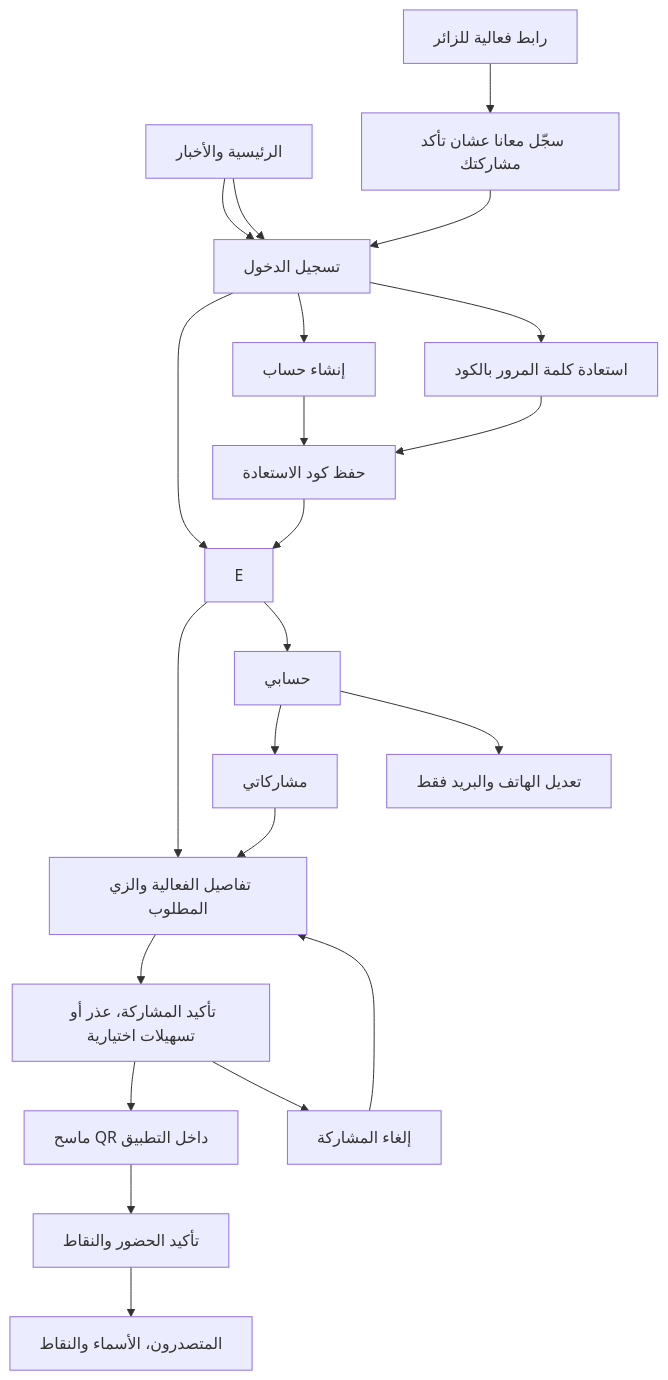
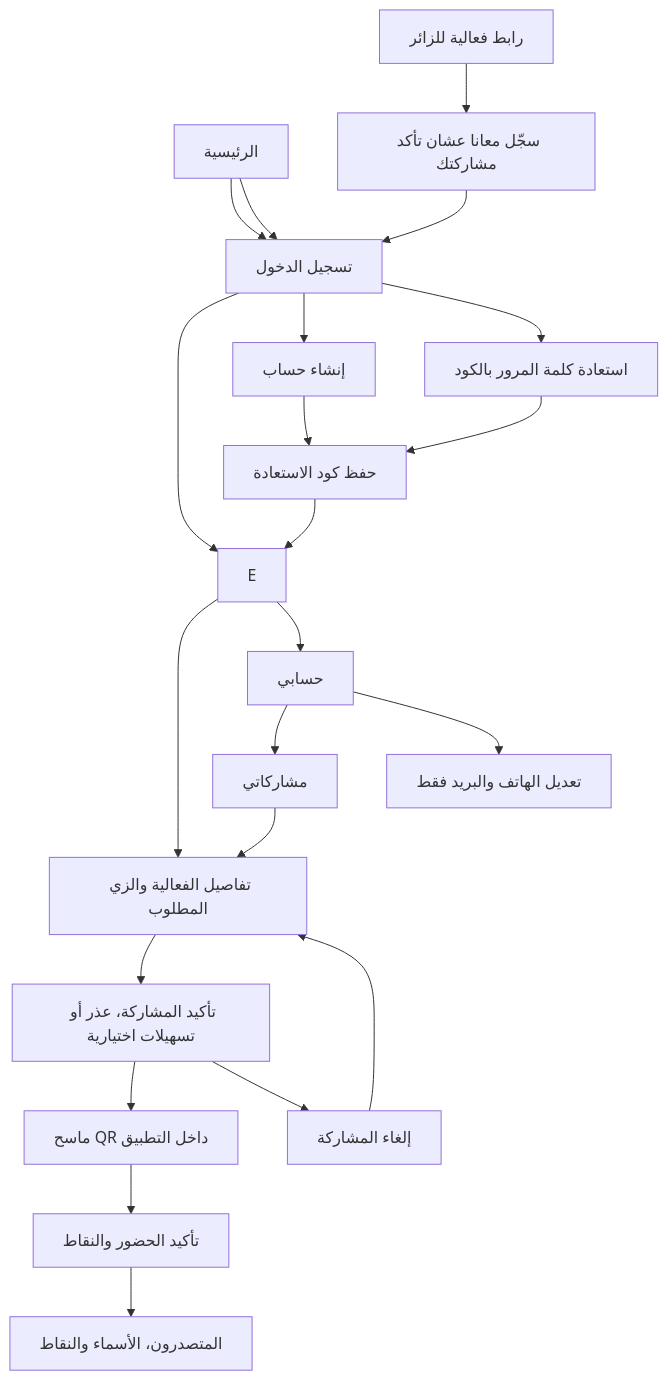
One commit to hebaintheloop/mn-agl-masr changed the first of 2 diagrams in docs/SCREEN-FLOWS.md. Above: the diagram before and after it, drawn with Mermaid. The commit also changed other lines of this file and 13 other files, not shown here.

````diff
--- a/docs/SCREEN-FLOWS.md
+++ b/docs/SCREEN-FLOWS.md
@@ -7,24 +7,24 @@
 ```mermaid
 flowchart TD
-  H["الرئيسية والأخبار"] --> L["تسجيل الدخول"]
+  H["الرئيسية"] --> L["تسجيل الدخول"]
   EL["رابط فعالية للزائر"] --> G["سجّل معانا عشان تأكد مشاركتك"]
   G --> L
   H --> L["تسجيل الدخول"]
   L --> E
   L --> S["إنشاء حساب"]
   S --> K["حفظ كود الاستعادة"]
   K --> E
   L --> R["استعادة كلمة المرور بالكود"]
   R --> K
   E --> D["تفاصيل الفعالية والزي المطلوب"]
   D --> J["تأكيد المشاركة، عذر أو تسهيلات اختيارية"]
   J --> Q["ماسح QR داخل التطبيق"]
   Q --> P["تأكيد الحضور والنقاط"]
   P --> B["المتصدرون، الأسماء والنقاط"]
   J --> C["إلغاء المشاركة"]
   C --> D
   E --> A["حسابي"]
   A --> M["مشاركاتي"]
   M --> D
   A --> U["تعديل الهاتف والبريد فقط"]
 ```
````
